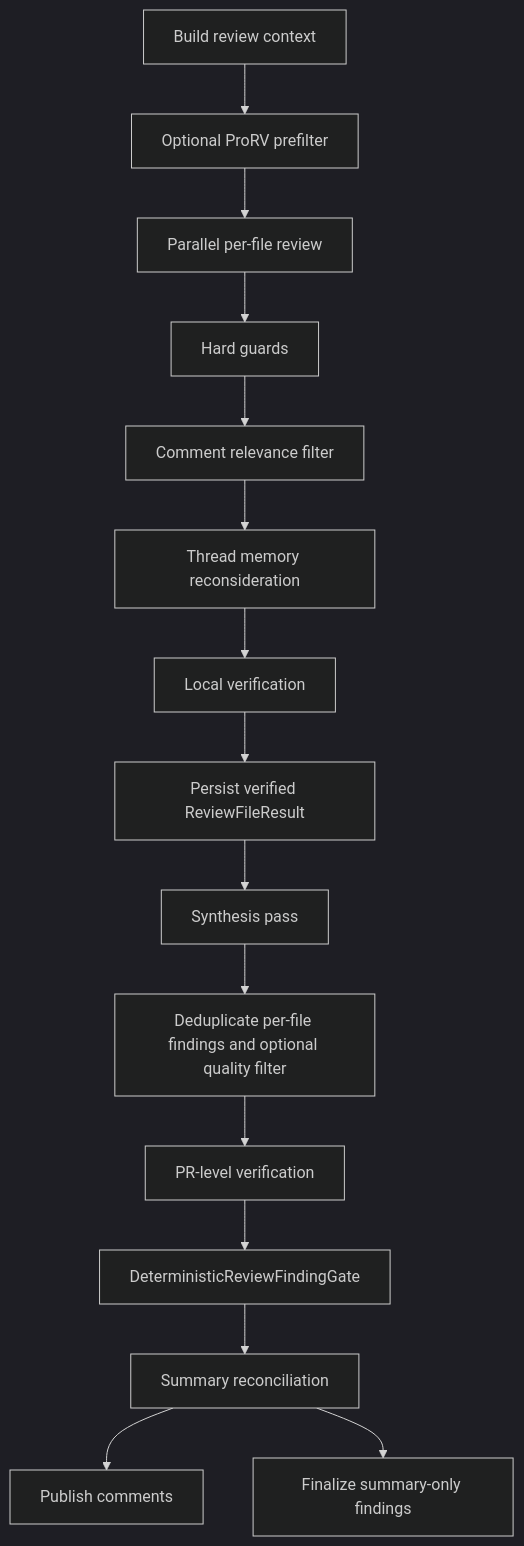
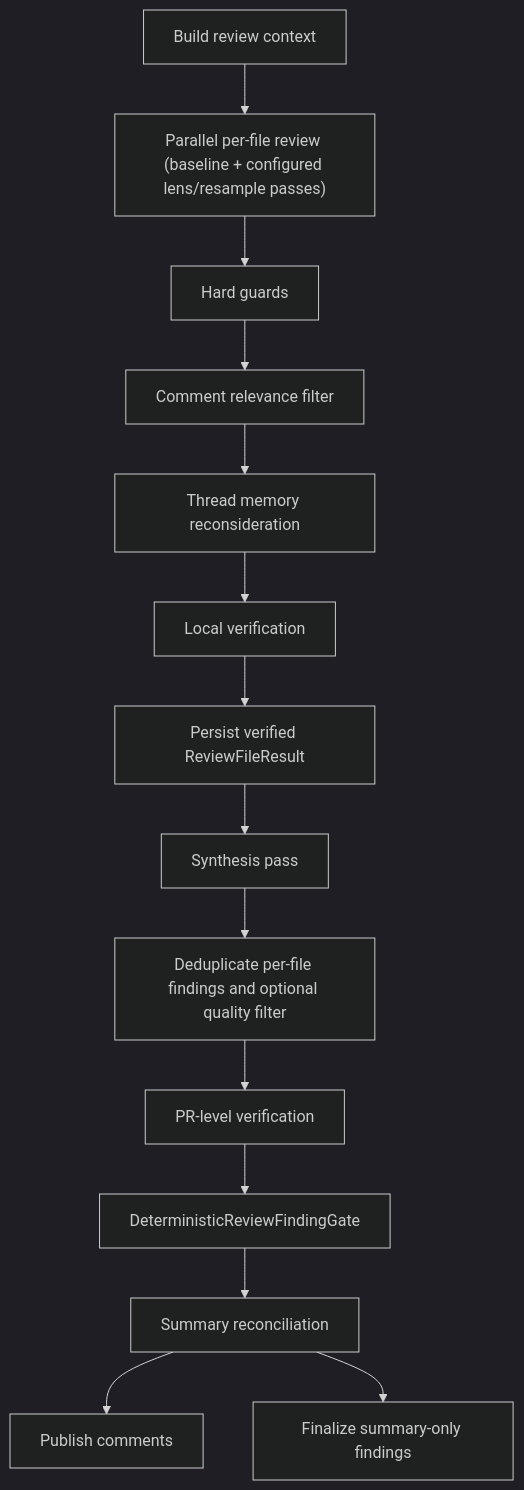
Before and after one commit to meister-dev-ai/propr: the second of 4 diagrams in docs/architecture/reviewing-workflows.md, drawn with Mermaid (dark theme). The commit also changed other lines of this file and 94 other files, not shown here.

````diff
--- a/docs/architecture/reviewing-workflows.md
+++ b/docs/architecture/reviewing-workflows.md
@@ -247,17 +248,16 @@
 ```mermaid
 flowchart TD
-    CTX["Build review context"] --> PRORV["Optional ProRV prefilter"]
-    PRORV --> FILE["Parallel per-file review"]
+    CTX["Build review context"] --> FILE["Parallel per-file review (baseline + configured lens/resample passes)"]
     FILE --> HARD["Hard guards"]
     HARD --> REL["Comment relevance filter"]
     REL --> MEM["Thread memory reconsideration"]
     MEM --> LVER["Local verification"]
     LVER --> STORE["Persist verified ReviewFileResult"]
     STORE --> SYN["Synthesis pass"]
     SYN --> DEDUP["Deduplicate per-file findings and optional quality filter"]
     DEDUP --> PVER["PR-level verification"]
     PVER --> GATE["DeterministicReviewFindingGate"]
     GATE --> RECON["Summary reconciliation"]
     RECON --> PUB["Publish comments"]
     RECON --> SUM["Finalize summary-only findings"]
 ```
````
